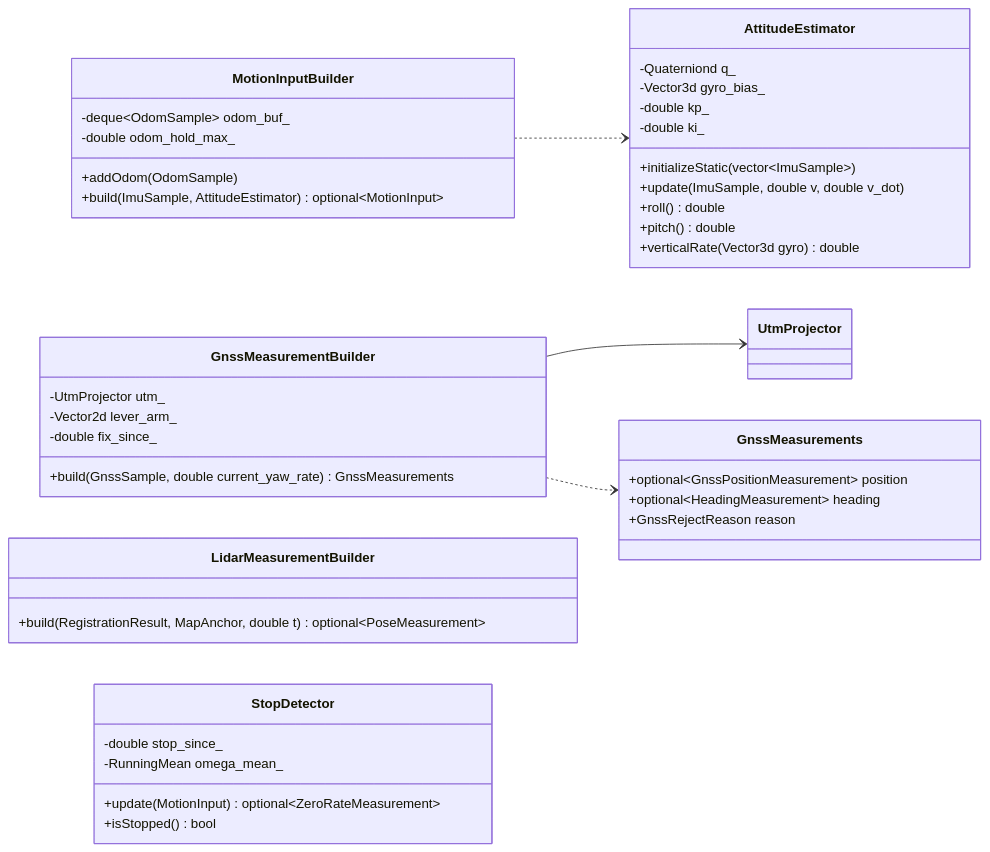
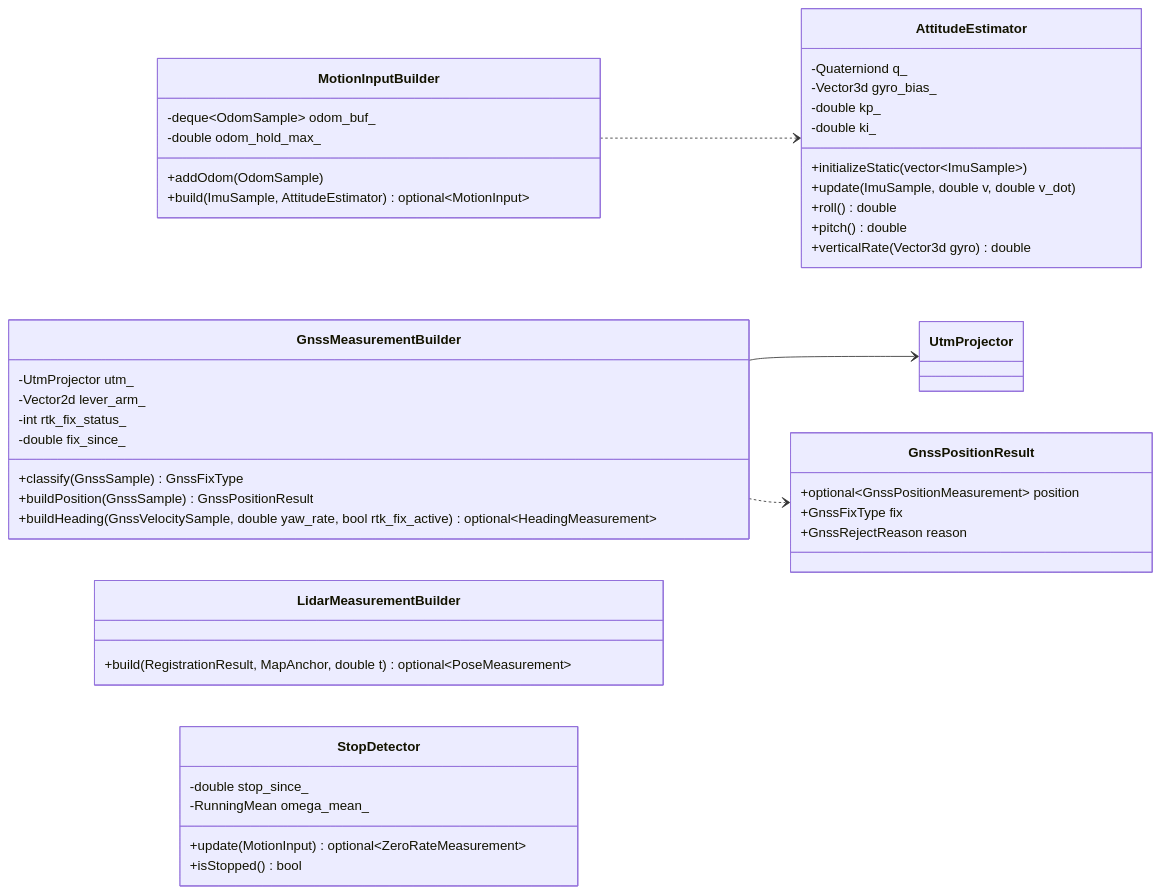
The sixth of 12 diagrams in docs/architecture.md (mamoru1126/gnss_and_lidar_localization), drawn with Mermaid before and after one commit. The commit also changed other lines of this file and 1 other file, not shown here.

First line of the commit message:
docs: GNSS 入力を sensor_msgs/NavSatFix に変更（設計書 v0.5）

````diff
--- a/docs/architecture.md
+++ b/docs/architecture.md
@@ -558,47 +559,50 @@
 ```mermaid
 classDiagram
   direction LR
 
   class AttitudeEstimator {
     -Quaterniond q_
     -Vector3d gyro_bias_
     -double kp_
     -double ki_
     +initializeStatic(vector~ImuSample~)
     +update(ImuSample, double v, double v_dot)
     +roll() double
     +pitch() double
     +verticalRate(Vector3d gyro) double
   }
   class MotionInputBuilder {
     -deque~OdomSample~ odom_buf_
     -double odom_hold_max_
     +addOdom(OdomSample)
     +build(ImuSample, AttitudeEstimator) optional~MotionInput~
   }
   class GnssMeasurementBuilder {
     -UtmProjector utm_
     -Vector2d lever_arm_
+    -int rtk_fix_status_
     -double fix_since_
-    +build(GnssSample, double current_yaw_rate) GnssMeasurements
+    +classify(GnssSample) GnssFixType
+    +buildPosition(GnssSample) GnssPositionResult
+    +buildHeading(GnssVelocitySample, double yaw_rate, bool rtk_fix_active) optional~HeadingMeasurement~
   }
-  class GnssMeasurements {
+  class GnssPositionResult {
     +optional~GnssPositionMeasurement~ position
-    +optional~HeadingMeasurement~ heading
+    +GnssFixType fix
     +GnssRejectReason reason
   }
   class LidarMeasurementBuilder {
     +build(RegistrationResult, MapAnchor, double t) optional~PoseMeasurement~
   }
   class StopDetector {
     -double stop_since_
     -RunningMean omega_mean_
     +update(MotionInput) optional~ZeroRateMeasurement~
     +isStopped() bool
   }
   class UtmProjector
 
   GnssMeasurementBuilder --> UtmProjector
-  GnssMeasurementBuilder ..> GnssMeasurements
+  GnssMeasurementBuilder ..> GnssPositionResult
   MotionInputBuilder ..> AttitudeEstimator
 ```
````
